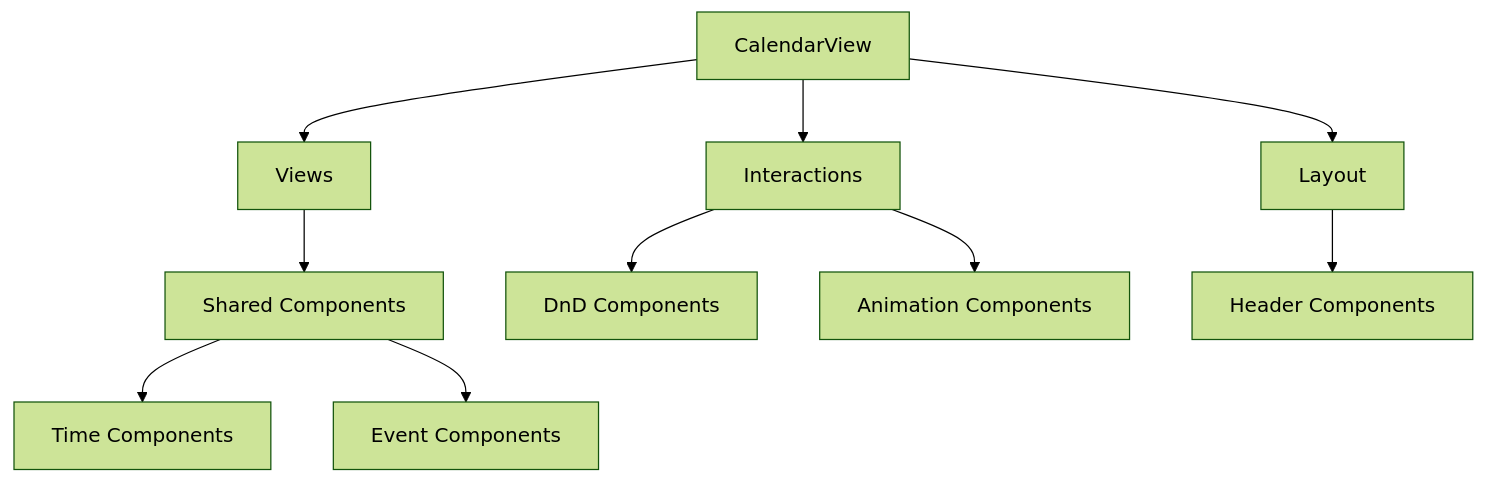
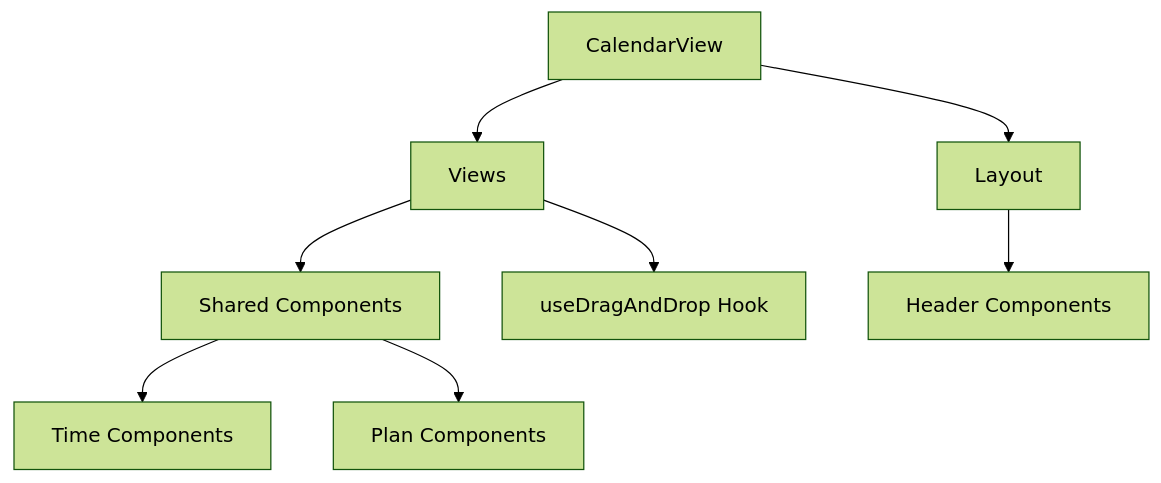
The diagram in src/features/calendar/__docs__/components.md (t3-nico/boxlog-app), drawn with Mermaid (forest theme) before and after one commit. The commit also changed other lines of this file and 192 other files, not shown here.

````diff
--- a/src/features/calendar/__docs__/components.md
+++ b/src/features/calendar/__docs__/components.md
@@ -155,15 +151,13 @@
 ```mermaid
 graph TD
     A[CalendarView] --> B[Views]
-    A --> C[Interactions]
     A --> D[Layout]
 
     B --> E[Shared Components]
-    C --> F[DnD Components]
-    C --> G[Animation Components]
+    B --> F[useDragAndDrop Hook]
 
     E --> H[Time Components]
-    E --> I[Event Components]
+    E --> I[Plan Components]
 
     D --> J[Header Components]
 ```
````
